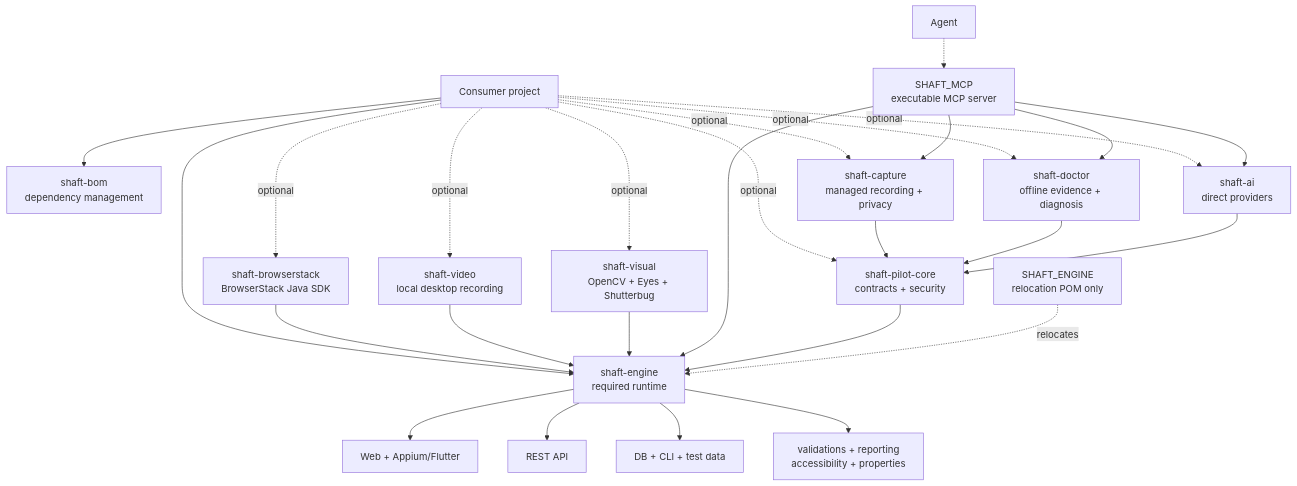
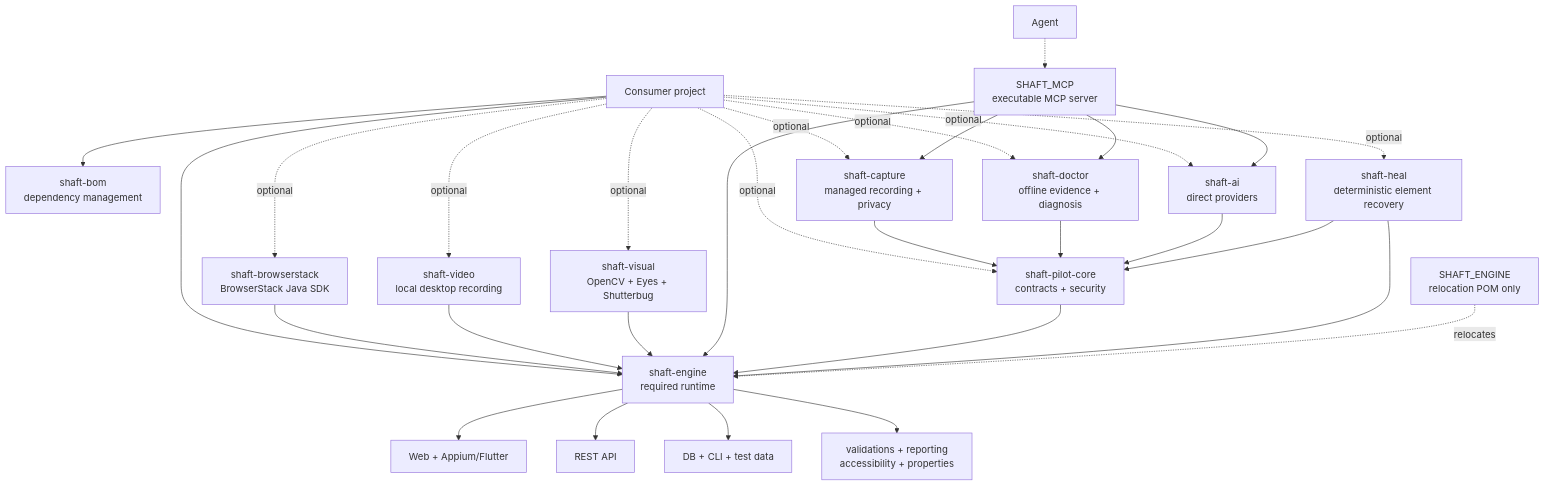
Before and after one commit to ShaftHQ/SHAFT_ENGINE: the first of 2 diagrams in docs/ARCHITECTURE.md, drawn with Mermaid. The commit also changed other lines of this file and 76 other files, not shown here.

First line of the commit message:
[codex] Add deterministic SHAFT Heal module (#2880)

````diff
--- a/docs/ARCHITECTURE.md
+++ b/docs/ARCHITECTURE.md
@@ -13,32 +13,35 @@
 ```mermaid
 flowchart TB
     Consumer["Consumer project"] --> BOM["shaft-bom<br/>dependency management"]
     Consumer --> Engine["shaft-engine<br/>required runtime"]
     Consumer -.->|optional| PilotCore["shaft-pilot-core<br/>contracts + security"]
     Consumer -.->|optional| Capture["shaft-capture<br/>managed recording + privacy"]
     Consumer -.->|optional| Doctor["shaft-doctor<br/>offline evidence + diagnosis"]
     Consumer -.->|optional| AI["shaft-ai<br/>direct providers"]
+    Consumer -.->|optional| Heal["shaft-heal<br/>deterministic element recovery"]
     Consumer -.->|optional| BrowserStack["shaft-browserstack<br/>BrowserStack Java SDK"]
     Consumer -.->|optional| Video["shaft-video<br/>local desktop recording"]
     Consumer -.->|optional| Visual["shaft-visual<br/>OpenCV + Eyes + Shutterbug"]
     Agent -.-> MCP["SHAFT_MCP<br/>executable MCP server"]
 
     BrowserStack --> Engine
     Video --> Engine
     Visual --> Engine
     MCP --> Engine
     MCP --> Capture
     MCP --> Doctor
     MCP --> AI
     PilotCore --> Engine
     Capture --> PilotCore
     Doctor --> PilotCore
     AI --> PilotCore
+    Heal --> Engine
+    Heal --> PilotCore
 
     Legacy["SHAFT_ENGINE<br/>relocation POM only"] -.->|relocates| Engine
 
     Engine --> GUI["Web + Appium/Flutter"]
     Engine --> API["REST API"]
     Engine --> Data["DB + CLI + test data"]
     Engine --> Support["validations + reporting<br/>accessibility + properties"]
 ```
````
